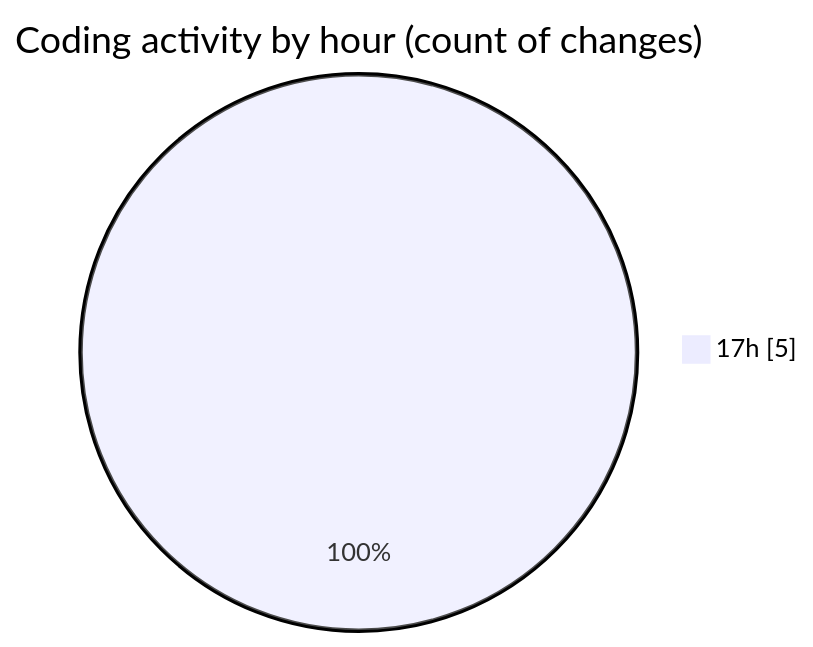
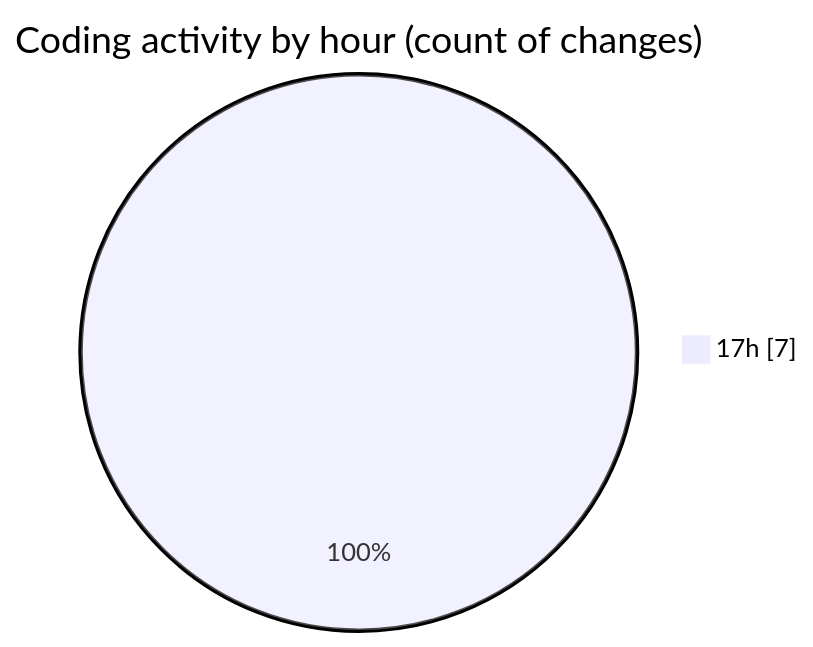
The second of 2 diagrams in 2025-06-28/navtech/README.md (JenPaints/code-tracking), drawn with Mermaid before and after one commit. The commit also changed other lines of this file and 1 other file, not shown here.

````diff
--- a/2025-06-28/navtech/README.md
+++ b/2025-06-28/navtech/README.md
@@ -31,5 +33,5 @@
 ```mermaid
 pie showData
 title Coding activity by hour (count of changes)
-"17h" : 5
+"17h" : 7
 ```
````
